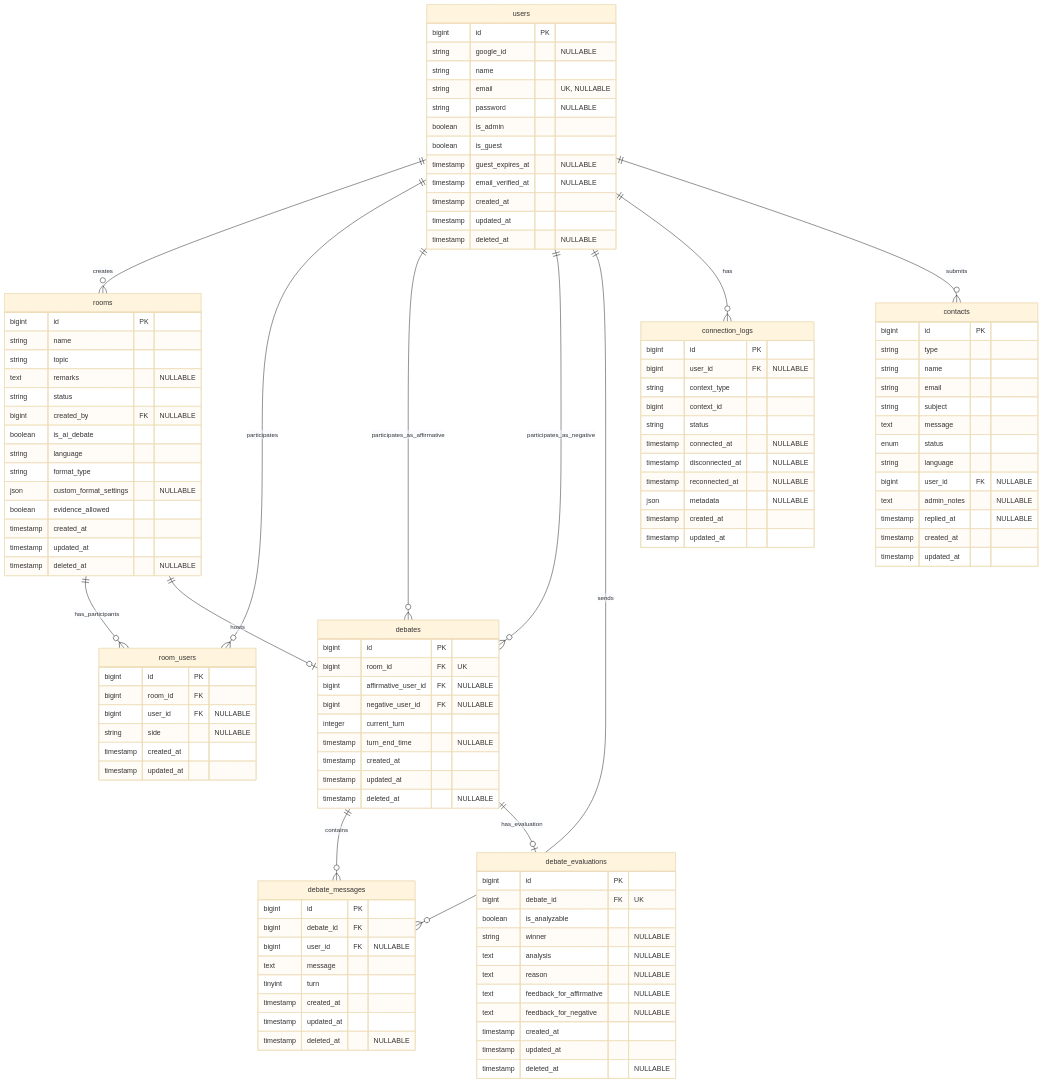
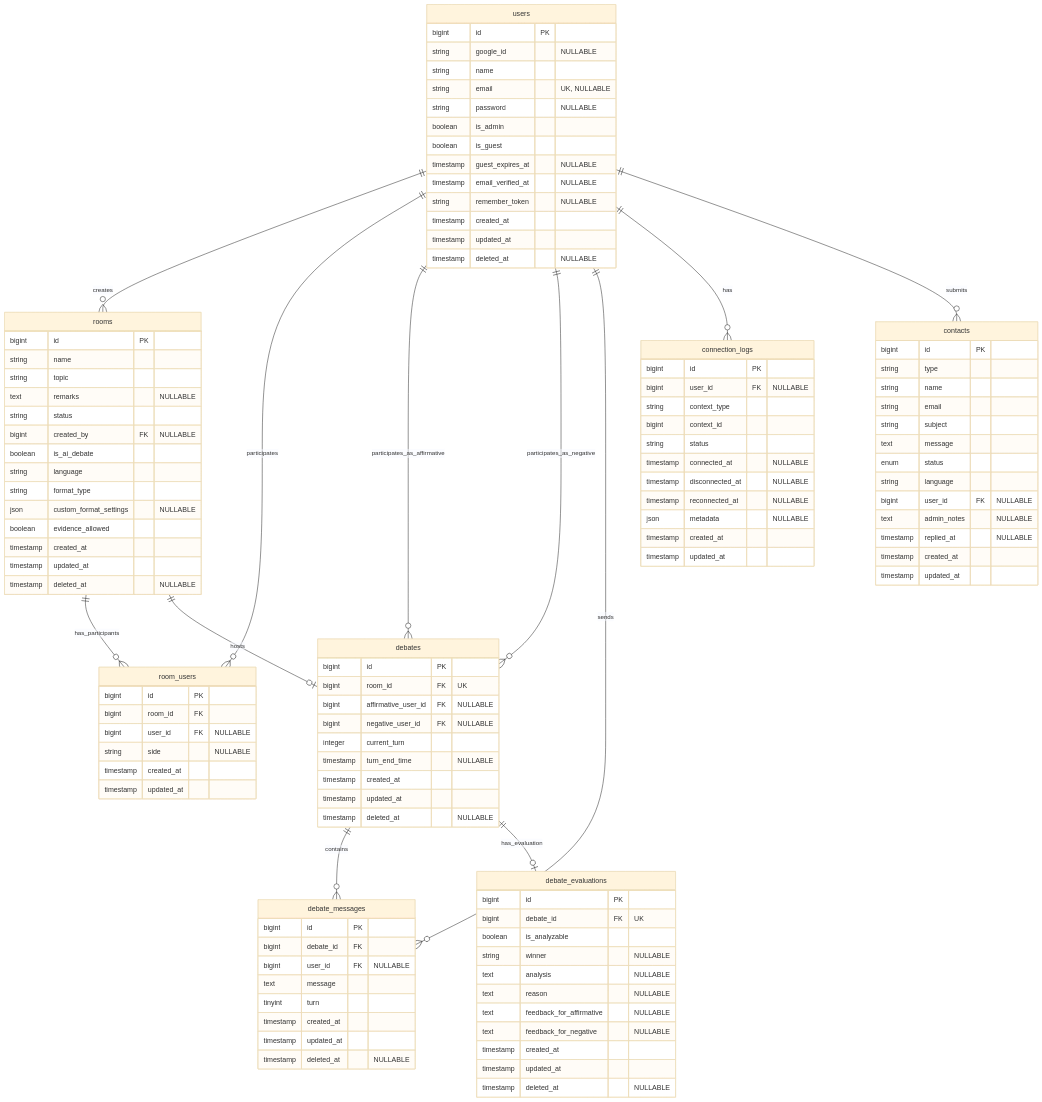
The first of 2 diagrams in docs/architecture/07_database_design.md (rytkhs/debatematch), drawn with Mermaid (base theme) before and after one commit. The commit also changed 2 other files, not shown here.

Commit message:
docs: 設計ドキュメントを修正

```diff
--- a/docs/architecture/07_database_design.md
+++ b/docs/architecture/07_database_design.md
@@ -32,6 +32,7 @@
         boolean is_guest
         timestamp guest_expires_at "NULLABLE"
         timestamp email_verified_at "NULLABLE"
+        string remember_token "NULLABLE"
         timestamp created_at
         timestamp updated_at
         timestamp deleted_at "NULLABLE"
```
